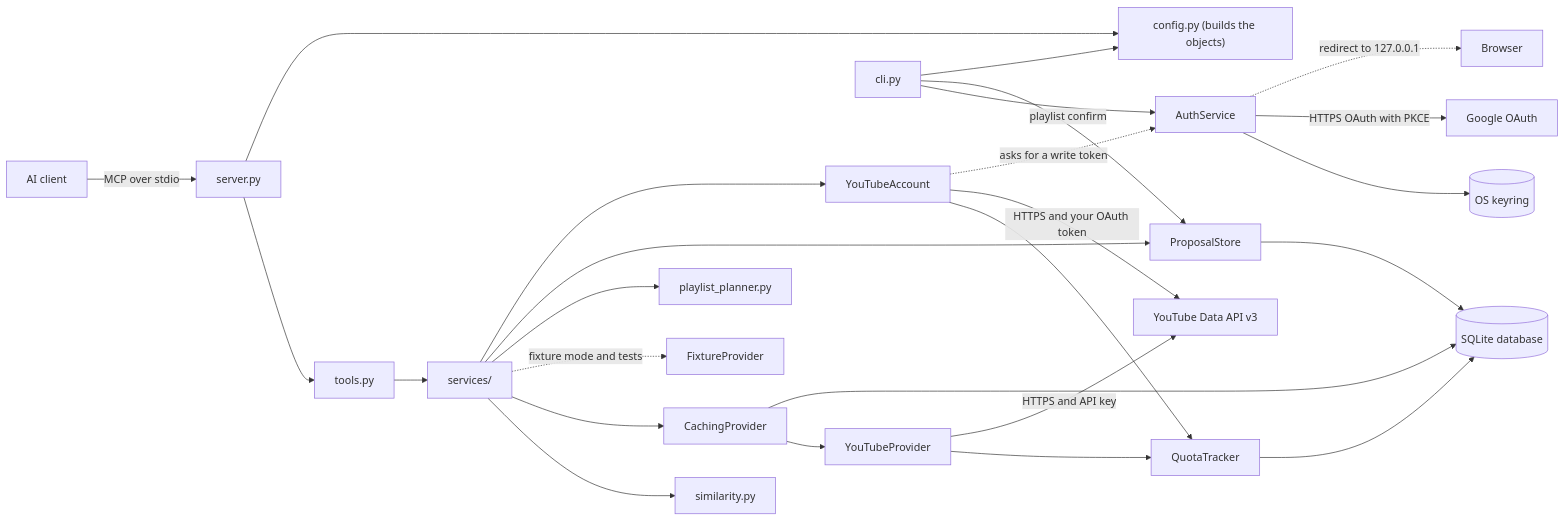
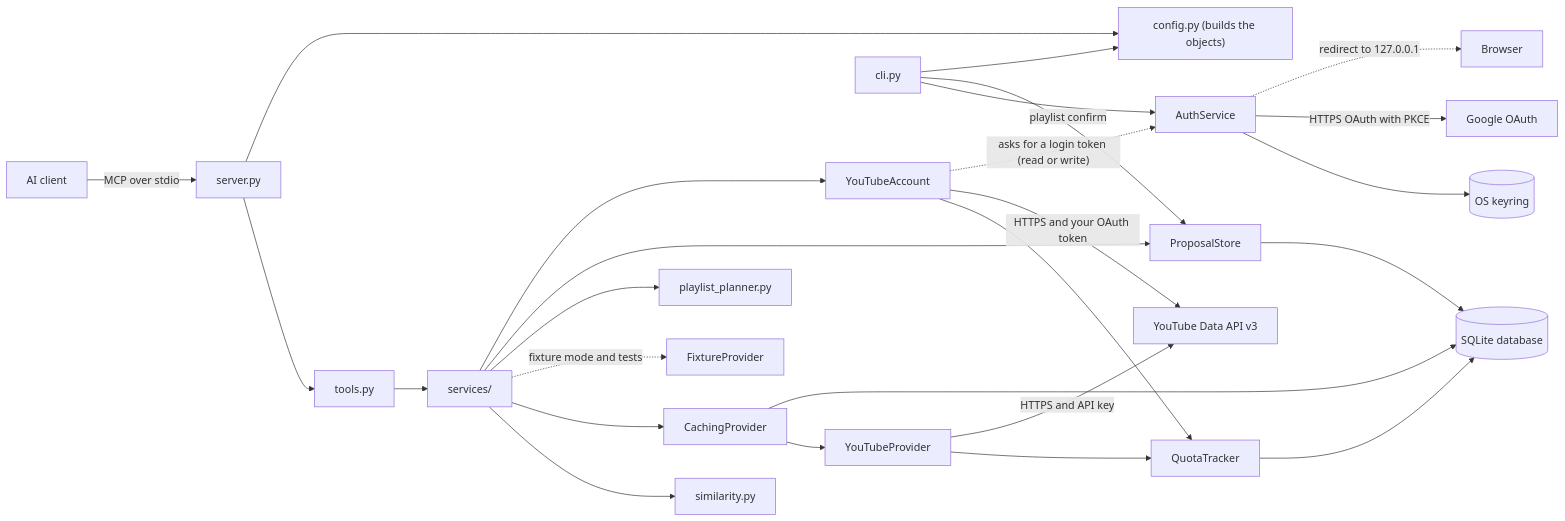
The diagram in docs/Areas/Design Components.md (Chris-ops4573/Youtube_MCP_Server), drawn with Mermaid before and after one commit. The commit also changed other lines of this file and 14 other files, not shown here.

Commit message:
feat: read likes, subscriptions and playlists with the user's login

````diff
--- a/docs/Areas/Design Components.md
+++ b/docs/Areas/Design Components.md
@@ -9,28 +9,28 @@
 ```mermaid
 flowchart LR
   Client["AI client"] -->|"MCP over stdio"| Server["server.py"]
   Server --> Tools["tools.py"]
   Tools --> Services["services/"]
   Services --> Sim["similarity.py"]
   Services --> Caching["CachingProvider"]
   Services -.->|"fixture mode and tests"| Fixture["FixtureProvider"]
   Caching --> Live["YouTubeProvider"]
   Caching --> DB[("SQLite database")]
   Live --> Quota["QuotaTracker"]
   Quota --> DB
   Live -->|"HTTPS and API key"| YT["YouTube Data API v3"]
   CLI["cli.py"] --> Auth["AuthService"]
   Auth --> KR[("OS keyring")]
   Auth -->|"HTTPS OAuth with PKCE"| Google["Google OAuth"]
   Auth -.->|"redirect to 127.0.0.1"| Browser["Browser"]
   Services --> Planner["playlist_planner.py"]
   Services --> Store["ProposalStore"]
   Store --> DB
   Services --> Account["YouTubeAccount"]
   Account --> Quota
   Account -->|"HTTPS and your OAuth token"| YT
-  Account -.->|"asks for a write token"| Auth
+  Account -.->|"asks for a login token (read or write)"| Auth
   CLI -->|"playlist confirm"| Store
   Server --> Config["config.py (builds the objects)"]
   CLI --> Config
 ```
````
